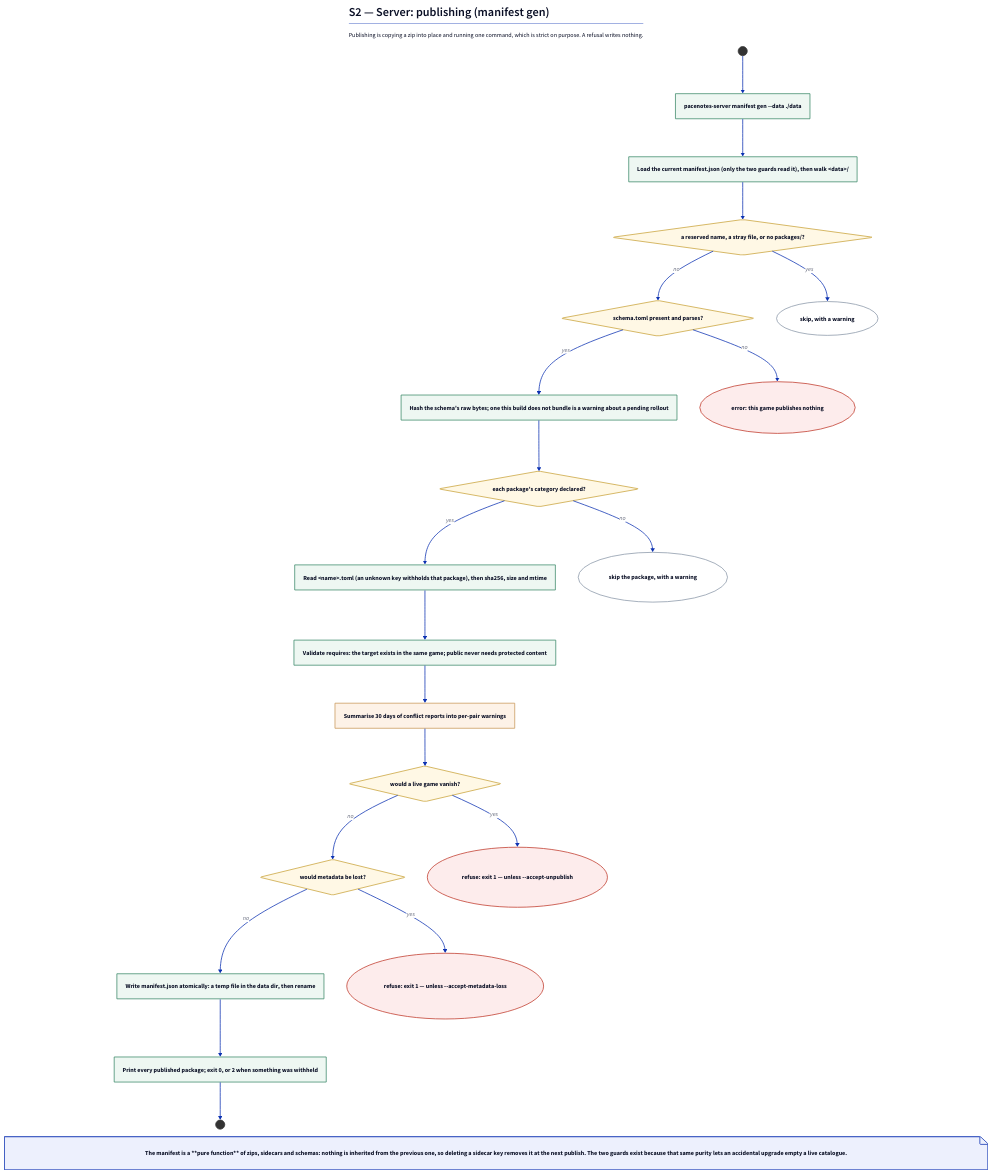
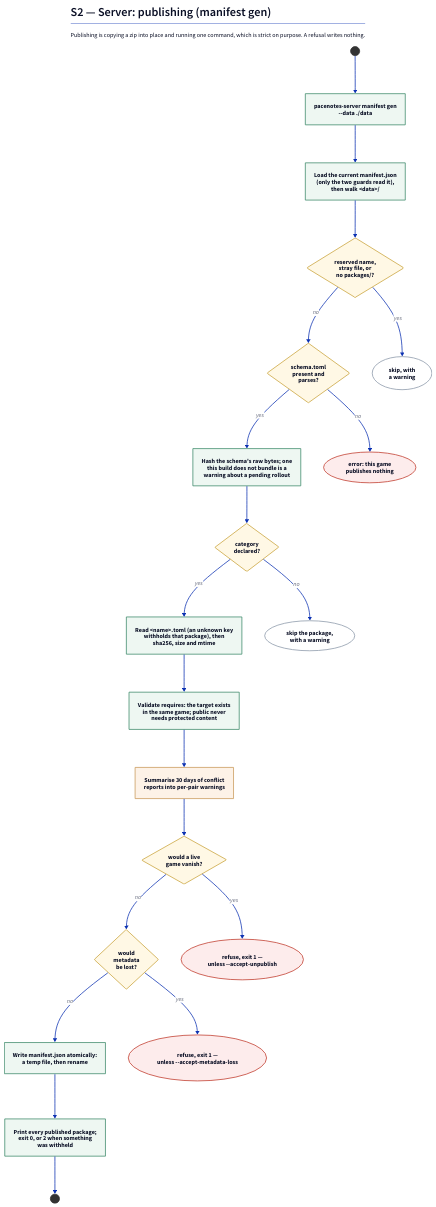
One commit to HighPriest/RBR_copilot_installer changed the diagram in docs/diagrams/activity-manifest-gen.d2. Above: the diagram before and after it, drawn with D2. The commit also changed 12 other files, not shown here.

First line of the commit message:
docs: the diagrams rendered and fixed; D2 pinned to v0.9.0 (M7)

```diff
--- a/docs/diagrams/activity-manifest-gen.d2
+++ b/docs/diagrams/activity-manifest-gen.d2
@@ -1,59 +1,64 @@
 # S2 — the server: publishing with `manifest gen`.
 # Sources: server/src/store/ (generation, sidecars, schemas), server/src/reports/.
+
+vars: {
+  d2-config: {
+    layout-engine: dagre
+    theme-id: 0
+    pad: 24
+  }
+}
 
 direction: down
 
 title: |md
   # S2 — Server: publishing (manifest gen)
-  Publishing is copying a zip into place and running one command, which is strict on purpose. A refusal writes nothing.
+  Publishing is copying a zip into place and running one command,
+  which is strict on purpose. A refusal writes nothing.
 | {near: top-center}
 
 classes: {
   cli: {style: {fill: "#EEF7F2"; stroke: "#3D8A6A"}}
   report: {style: {fill: "#FDF2E7"; stroke: "#C99A5B"}}
   decision: {shape: diamond; style: {fill: "#FFF8E5"; stroke: "#C9A33B"}}
   skip: {shape: oval; style: {fill: "#FFFFFF"; stroke: "#8A97A8"}}
   refuse: {shape: oval; style: {fill: "#FDECEC"; stroke: "#C0392B"}}
   dot: {shape: circle; width: 24; height: 24; style: {fill: "#333333"; stroke: "#333333"}}
 }
 
 start: "" {class: dot}
-run: "pacenotes-server manifest gen --data ./data" {class: cli}
-load: "Load the current manifest.json (only the two guards read it), then walk <data>/" {class: cli}
-folder: "a reserved name, a stray file, or no packages/?" {class: decision}
-schema: "schema.toml present and parses?" {class: decision}
-hash: "Hash the schema's raw bytes; one this build does not bundle is a warning about a pending rollout" {class: cli}
-category: "each package's category declared?" {class: decision}
-sidecar: "Read <name>.toml (an unknown key withholds that package), then sha256, size and mtime" {class: cli}
-requires: "Validate requires: the target exists in the same game; public never needs protected content" {class: cli}
-conflicts: "Summarise 30 days of conflict reports into per-pair warnings" {class: report}
-vanish: "would a live game vanish?" {class: decision}
-lost: "would metadata be lost?" {class: decision}
-write: "Write manifest.json atomically: a temp file in the data dir, then rename" {class: cli}
-end: "Print every published package; exit 0, or 2 when something was withheld" {class: cli}
+run: "pacenotes-server manifest gen\n--data ./data" {class: cli}
+load: "Load the current manifest.json\n(only the two guards read it),\nthen walk <data>/" {class: cli}
+folder: "reserved name,\nstray file, or\nno packages/?" {class: decision}
+schema: "schema.toml\npresent and\nparses?" {class: decision}
+hash: "Hash the schema's raw bytes; one\nthis build does not bundle is a\nwarning about a pending rollout" {class: cli}
+category: "category\ndeclared?" {class: decision}
+sidecar: "Read <name>.toml (an unknown key\nwithholds that package), then\nsha256, size and mtime" {class: cli}
+requires: "Validate requires: the target exists\nin the same game; public never\nneeds protected content" {class: cli}
+conflicts: "Summarise 30 days of conflict\nreports into per-pair warnings" {class: report}
+vanish: "would a live\ngame vanish?" {class: decision}
+lost: "would\nmetadata\nbe lost?" {class: decision}
+write: "Write manifest.json atomically:\na temp file, then rename" {class: cli}
+end: "Print every published package;\nexit 0, or 2 when something\nwas withheld" {class: cli}
 done: "" {class: dot}
 
-skip_folder: "skip, with a warning" {class: skip}
-nothing: "error: this game publishes nothing" {class: refuse}
-skip_package: "skip the package, with a warning" {class: skip}
-refuse_vanish: "refuse: exit 1 — unless --accept-unpublish" {class: refuse}
-refuse_lost: "refuse: exit 1 — unless --accept-metadata-loss" {class: refuse}
+skip_folder: "skip, with\na warning" {class: skip}
+nothing: "error: this game\npublishes nothing" {class: refuse}
+skip_package: "skip the package,\nwith a warning" {class: skip}
+refuse_vanish: "refuse, exit 1 —\nunless --accept-unpublish" {class: refuse}
+refuse_lost: "refuse, exit 1 —\nunless --accept-metadata-loss" {class: refuse}
 
 start -> run -> load -> folder
 folder -> skip_folder: "yes"
 folder -> schema: "no"
 schema -> nothing: "no"
 schema -> hash: "yes"
 hash -> category
 category -> skip_package: "no"
 category -> sidecar: "yes"
 sidecar -> requires -> conflicts -> vanish
 vanish -> refuse_vanish: "yes"
 vanish -> lost: "no"
 lost -> refuse_lost: "yes"
 lost -> write: "no"
 write -> end -> done
-
-notes: |md
-  The manifest is a **pure function** of zips, sidecars and schemas: nothing is inherited from the previous one, so deleting a sidecar key removes it at the next publish. The two guards exist because that same purity lets an accidental upgrade empty a live catalogue.
-| {shape: page; near: bottom-center}
```
